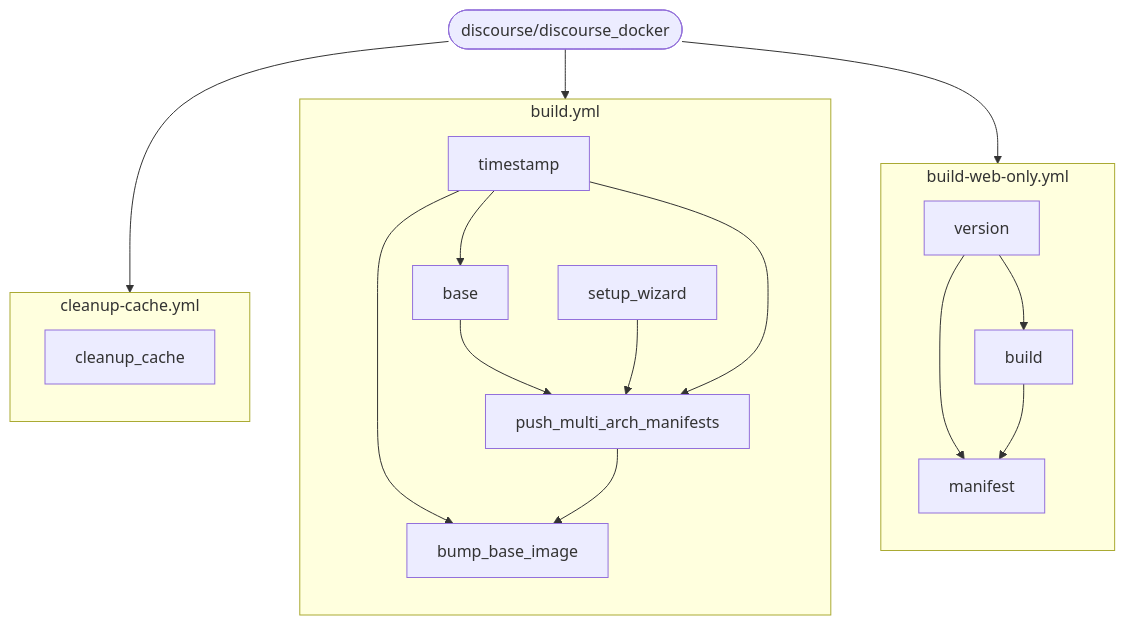
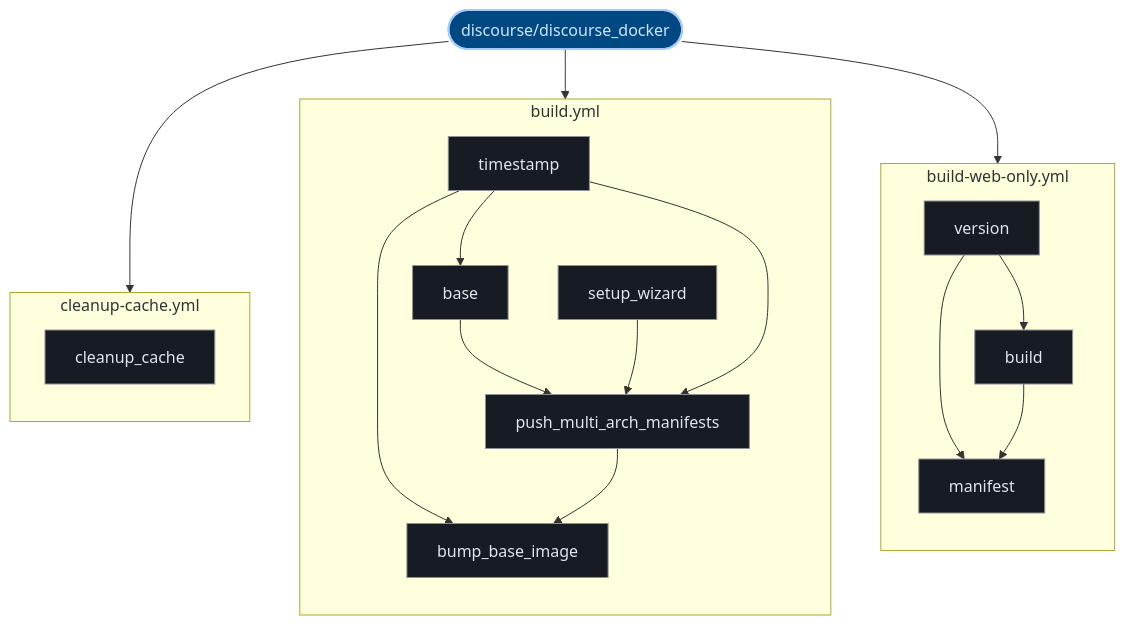
One commit to kumarshaz/atruss-code-atlas changed the third of 3 diagrams in exports/latest/reports/discourse-discourse_docker-report.md. Above: the diagram before and after it, drawn with Mermaid. The commit also changed other lines of this file and 331 other files, not shown here.

Commit message:
docs,ui,fix: update SDLC docs, reorder CI/CD DAG first, stylize Mermaid, and fix Arc42 pipeline topology

````diff
--- a/exports/latest/reports/discourse-discourse_docker-report.md
+++ b/exports/latest/reports/discourse-discourse_docker-report.md
@@ -162,34 +173,41 @@
 ```mermaid
 graph TD;
-  pipeline_root(["discourse/discourse_docker"])
+  classDef atlasRoot fill:#004882,stroke:#a3c9ff,stroke-width:2px,color:#d3e4ff
+  classDef atlasCategory fill:#212428,stroke:#E87A48,stroke-width:1.5px,color:#dfe3eb
+  classDef atlasWorkflow fill:#1b2026,stroke:#a3c9ff,stroke-width:1.5px,color:#dfe3eb
+  classDef atlasJob fill:#171c22,stroke:#8d9199,stroke-width:1px,color:#dfe3eb
+  classDef atlasTarget fill:#005227,stroke:#8bd99b,stroke-width:1.5px,color:#a7f6b6
+  classDef atlasAlert fill:#93000a,stroke:#ffb4ab,stroke-width:1.5px,color:#ffdad6
+  classDef atlasMore fill:#252a31,stroke:#8d9199,stroke-dasharray:4 4,color:#c3c6cf
+  pipeline_root(["discourse/discourse_docker"]):::atlasRoot
   subgraph build_web_only_yml_0["build-web-only.yml"]
     direction TB
-    0_version["version"]
-    0_build["build"]
+    0_version["version"]:::atlasJob
+    0_build["build"]:::atlasJob
     0_version --> 0_build
-    0_manifest["manifest"]
+    0_manifest["manifest"]:::atlasJob
     0_version --> 0_manifest
     0_build --> 0_manifest
   end
   pipeline_root --> 0_version
   subgraph build_yml_1["build.yml"]
     direction TB
-    1_timestamp["timestamp"]
-    1_base["base"]
+    1_timestamp["timestamp"]:::atlasJob
+    1_base["base"]:::atlasJob
     1_timestamp --> 1_base
-    1_setup_wizard["setup_wizard"]
-    1_push_multi_arch_manifests["push_multi_arch_manifests"]
+    1_setup_wizard["setup_wizard"]:::atlasJob
+    1_push_multi_arch_manifests["push_multi_arch_manifests"]:::atlasJob
     1_base --> 1_push_multi_arch_manifests
     1_setup_wizard --> 1_push_multi_arch_manifests
     1_timestamp --> 1_push_multi_arch_manifests
-    1_bump_base_image["bump_base_image"]
+    1_bump_base_image["bump_base_image"]:::atlasJob
     1_timestamp --> 1_bump_base_image
     1_push_multi_arch_manifests --> 1_bump_base_image
   end
   pipeline_root --> 1_timestamp
   subgraph cleanup_cache_yml_2["cleanup-cache.yml"]
     direction TB
-    2_cleanup_cache["cleanup_cache"]
+    2_cleanup_cache["cleanup_cache"]:::atlasJob
   end
   pipeline_root --> 2_cleanup_cache
 ```
````
